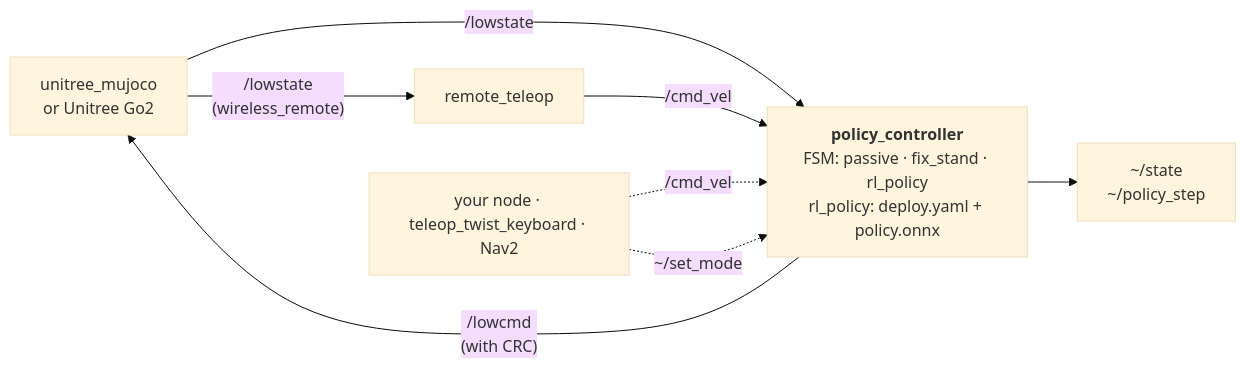
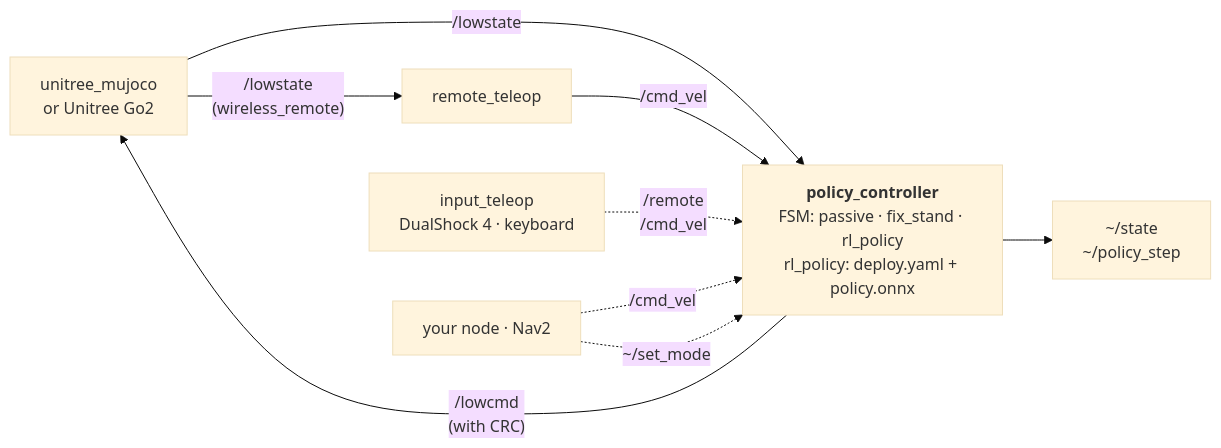
Before and after one commit to pavelmino44/go2_policy_runner: the diagram in README.md, drawn with Mermaid (base theme). The commit also changed other lines of this file and 23 other files, not shown here.

Commit message:
Added a Dualshock 4 and a keyboard teleop features

````diff
--- a/README.md
+++ b/README.md
@@ -47,16 +50,18 @@
 ```mermaid
 flowchart LR
     robot["unitree_mujoco<br/>or Unitree Go2"]
     ctrl["<b>policy_controller</b><br/>FSM: passive · fix_stand · rl_policy<br/>rl_policy: deploy.yaml + policy.onnx"]
     teleop["remote_teleop"]
-    user["your node · teleop_twist_keyboard · Nav2"]
+    inputs["input_teleop<br/>DualShock 4 · keyboard"]
+    user["your node · Nav2"]
     out["~/state<br/>~/policy_step"]
 
     robot -- "/lowstate" --> ctrl
     ctrl -- "/lowcmd<br/>(with CRC)" --> robot
     robot -- "/lowstate<br/>(wireless_remote)" --> teleop
     teleop -- "/cmd_vel" --> ctrl
+    inputs -. "/remote<br/>/cmd_vel" .-> ctrl
     user -. "/cmd_vel" .-> ctrl
     user -. "~/set_mode" .-> ctrl
     ctrl --> out
 ```
````
